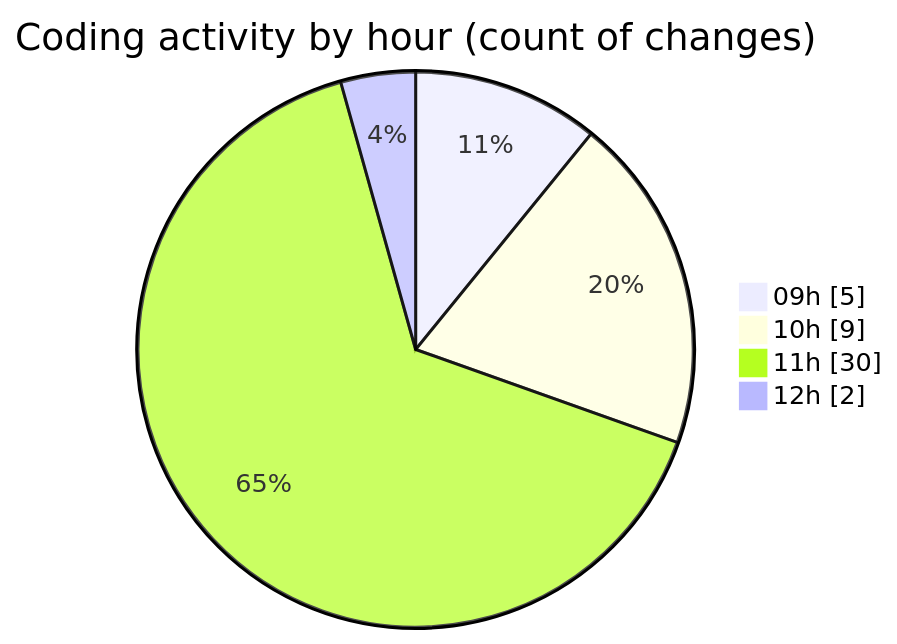
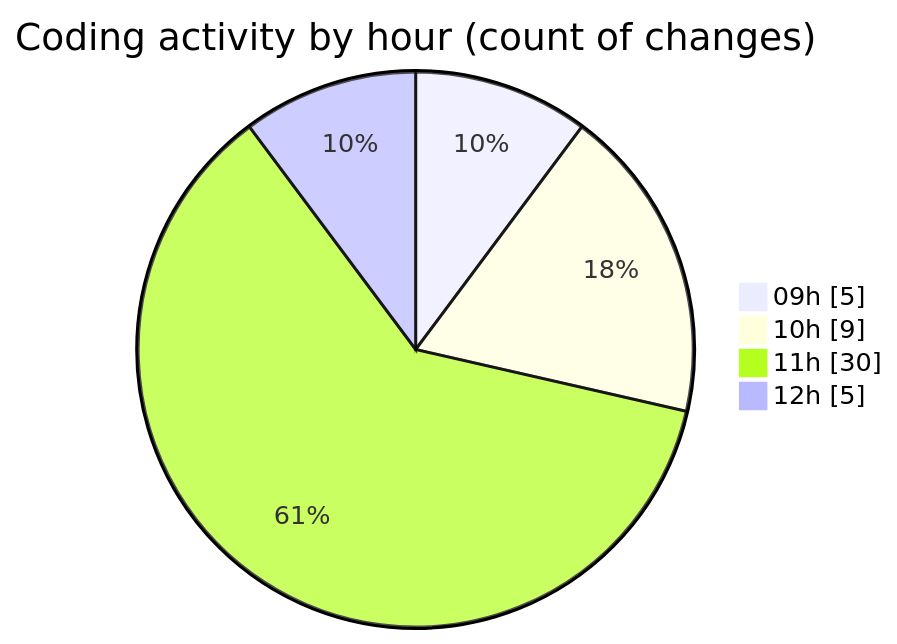
The second of 2 diagrams in 2025-02-03/cda/README.md (momahboobian/code-tracking), drawn with Mermaid before and after one commit. The commit also changed other lines of this file and 1 other file, not shown here.

````diff
--- a/2025-02-03/cda/README.md
+++ b/2025-02-03/cda/README.md
@@ -30,8 +31,8 @@
 ```mermaid
 pie showData
 title Coding activity by hour (count of changes)
 "09h" : 5
 "10h" : 9
 "11h" : 30
-"12h" : 2
+"12h" : 5
 ```
````
